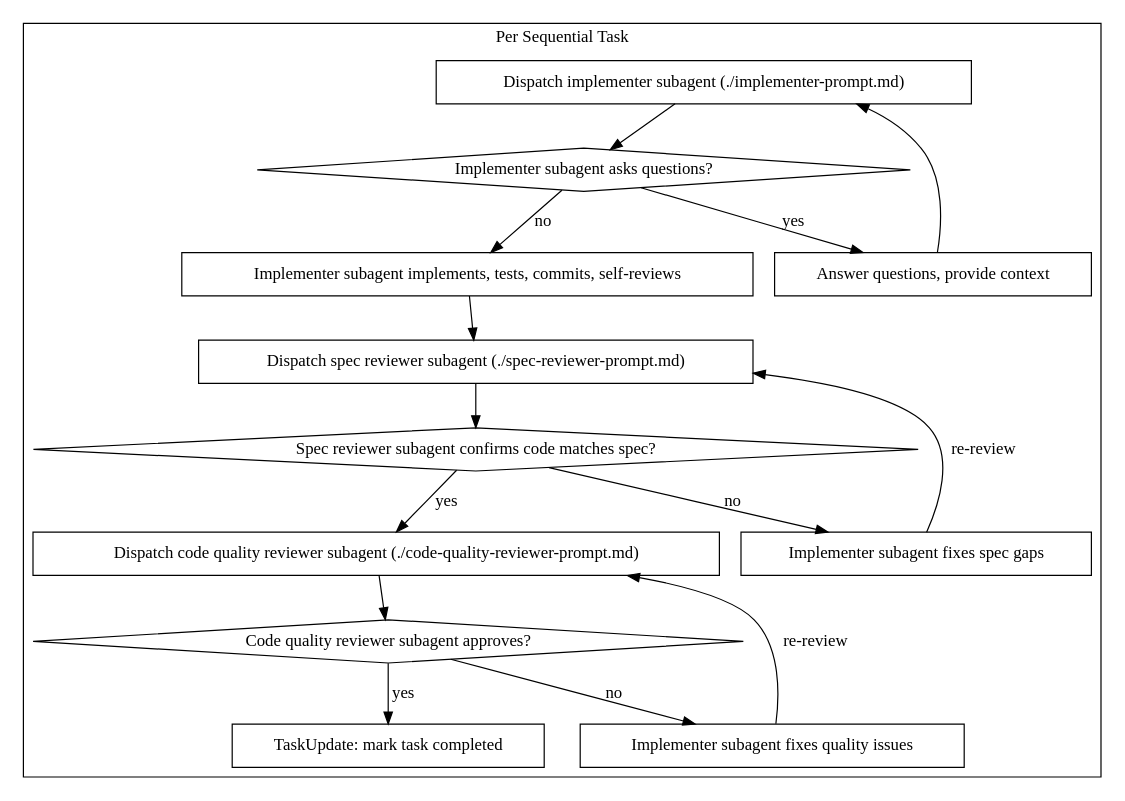
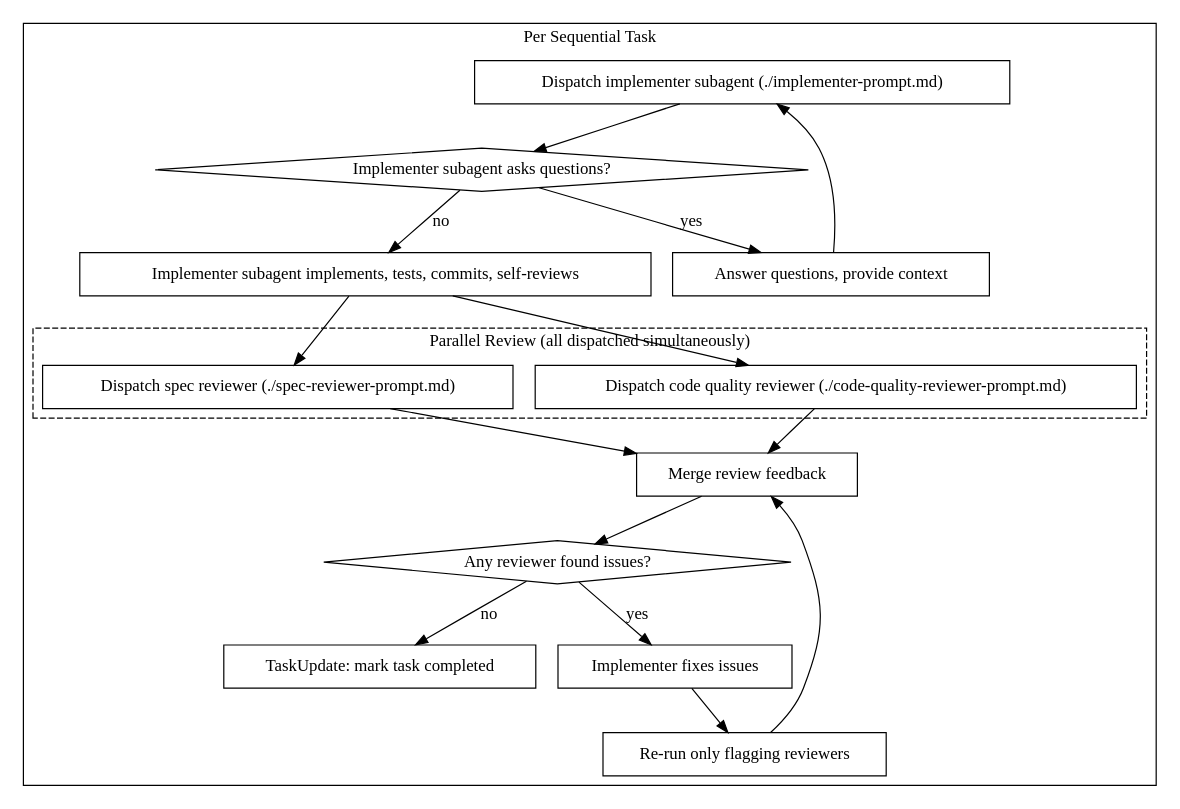
The third of 3 diagrams in skills/subagent-driven-development/SKILL.md (alxmyth/superpowers), drawn with Graphviz before and after one commit. The commit also changed other lines of this file, not shown here.

Commit message:
feat(subagent-driven-dev): run spec and code quality review in parallel

````diff
--- a/skills/subagent-driven-development/SKILL.md
+++ b/skills/subagent-driven-development/SKILL.md
@@ -83,34 +83,40 @@
 ```dot
 digraph sequential_task {
     rankdir=TB;
 
     subgraph cluster_per_task {
         label="Per Sequential Task";
         "Dispatch implementer subagent (./implementer-prompt.md)" [shape=box];
         "Implementer subagent asks questions?" [shape=diamond];
         "Answer questions, provide context" [shape=box];
         "Implementer subagent implements, tests, commits, self-reviews" [shape=box];
-        "Dispatch spec reviewer subagent (./spec-reviewer-prompt.md)" [shape=box];
-        "Spec reviewer subagent confirms code matches spec?" [shape=diamond];
-        "Implementer subagent fixes spec gaps" [shape=box];
-        "Dispatch code quality reviewer subagent (./code-quality-reviewer-prompt.md)" [shape=box];
-        "Code quality reviewer subagent approves?" [shape=diamond];
-        "Implementer subagent fixes quality issues" [shape=box];
+
+        subgraph cluster_parallel_review {
+            label="Parallel Review (all dispatched simultaneously)";
+            style=dashed;
+            "Dispatch spec reviewer (./spec-reviewer-prompt.md)" [shape=box];
+            "Dispatch code quality reviewer (./code-quality-reviewer-prompt.md)" [shape=box];
+        }
+
+        "Merge review feedback" [shape=box];
+        "Any reviewer found issues?" [shape=diamond];
+        "Implementer fixes issues" [shape=box];
+        "Re-run only flagging reviewers" [shape=box];
         "TaskUpdate: mark task completed" [shape=box];
     }
 
     "Dispatch implementer subagent (./implementer-prompt.md)" -> "Implementer subagent asks questions?";
     "Implementer subagent asks questions?" -> "Answer questions, provide context" [label="yes"];
     "Answer questions, provide context" -> "Dispatch implementer subagent (./implementer-prompt.md)";
     "Implementer subagent asks questions?" -> "Implementer subagent implements, tests, commits, self-reviews" [label="no"];
-    "Implementer subagent implements, tests, commits, self-reviews" -> "Dispatch spec reviewer subagent (./spec-reviewer-prompt.md)";
-    "Dispatch spec reviewer subagent (./spec-reviewer-prompt.md)" -> "Spec reviewer subagent confirms code matches spec?";
-    "Spec reviewer subagent confirms code matches spec?" -> "Implementer subagent fixes spec gaps" [label="no"];
-    "Implementer subagent fixes spec gaps" -> "Dispatch spec reviewer subagent (./spec-reviewer-prompt.md)" [label="re-review"];
-    "Spec reviewer subagent confirms code matches spec?" -> "Dispatch code quality reviewer subagent (./code-quality-reviewer-prompt.md)" [label="yes"];
-    "Dispatch code quality reviewer subagent (./code-quality-reviewer-prompt.md)" -> "Code quality reviewer subagent approves?";
-    "Code quality reviewer subagent approves?" -> "Implementer subagent fixes quality issues" [label="no"];
-    "Implementer subagent fixes quality issues" -> "Dispatch code quality reviewer subagent (./code-quality-reviewer-prompt.md)" [label="re-review"];
-    "Code quality reviewer subagent approves?" -> "TaskUpdate: mark task completed" [label="yes"];
+    "Implementer subagent implements, tests, commits, self-reviews" -> "Dispatch spec reviewer (./spec-reviewer-prompt.md)";
+    "Implementer subagent implements, tests, commits, self-reviews" -> "Dispatch code quality reviewer (./code-quality-reviewer-prompt.md)";
+    "Dispatch spec reviewer (./spec-reviewer-prompt.md)" -> "Merge review feedback";
+    "Dispatch code quality reviewer (./code-quality-reviewer-prompt.md)" -> "Merge review feedback";
+    "Merge review feedback" -> "Any reviewer found issues?";
+    "Any reviewer found issues?" -> "Implementer fixes issues" [label="yes"];
+    "Implementer fixes issues" -> "Re-run only flagging reviewers";
+    "Re-run only flagging reviewers" -> "Merge review feedback";
+    "Any reviewer found issues?" -> "TaskUpdate: mark task completed" [label="no"];
 }
 ```
````
